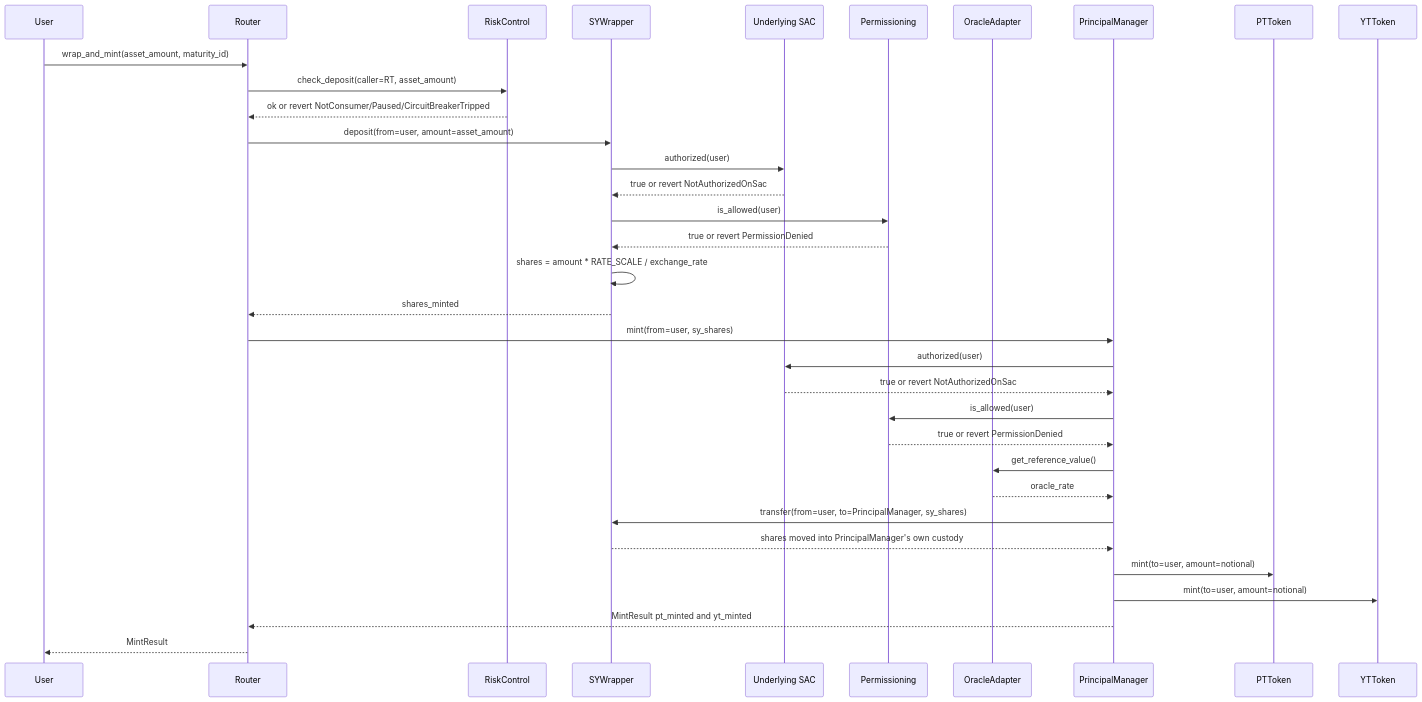
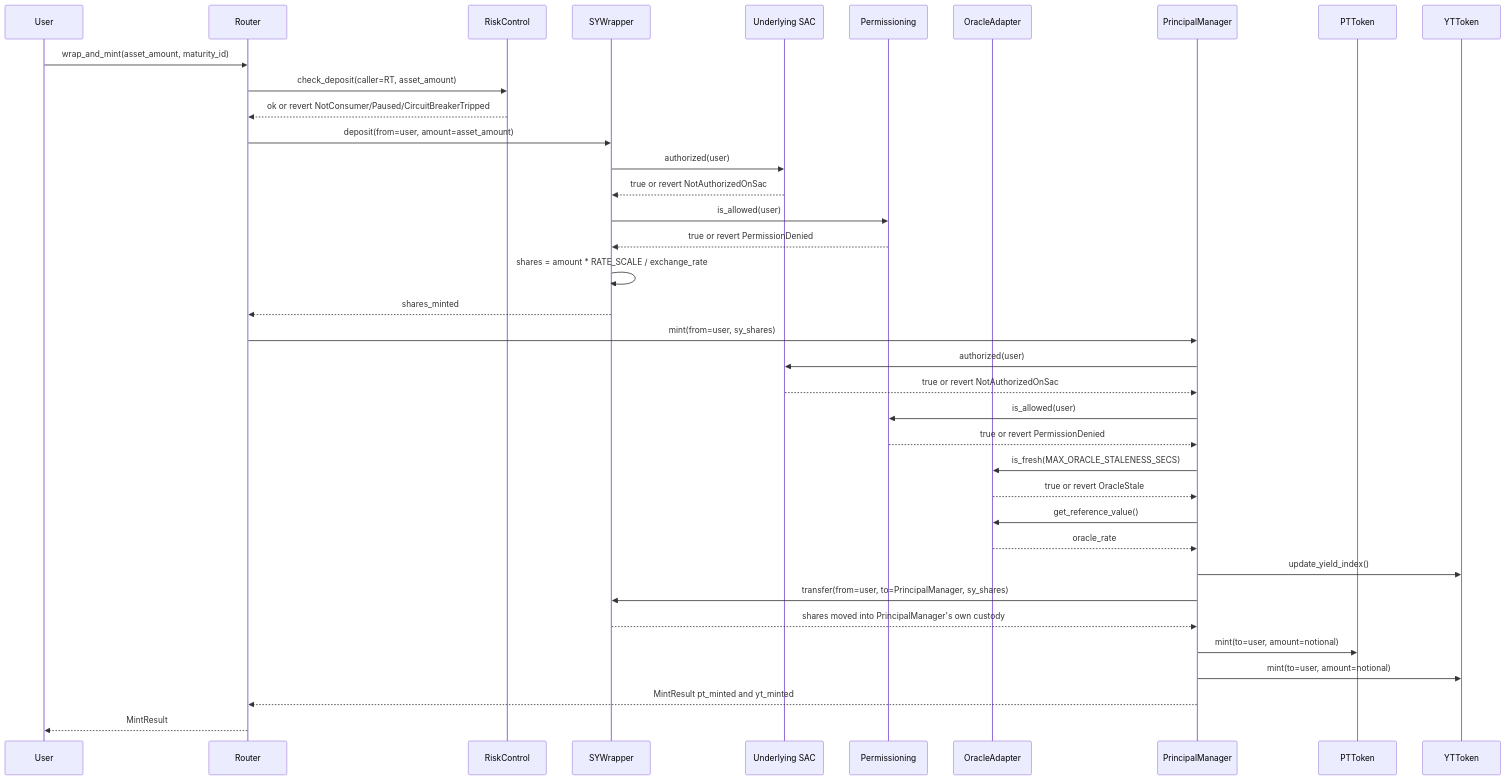
One commit to principal-Protocol-org/principal changed the second of 9 diagrams in ARCHITECTURE.md. Above: the diagram before and after it, drawn with Mermaid. The commit also changed other lines of this file and 5 other files, not shown here.

````diff
--- a/ARCHITECTURE.md
+++ b/ARCHITECTURE.md
@@ -151,37 +151,40 @@
 ```mermaid
 sequenceDiagram
     participant U as User
     participant RT as Router
     participant RC as RiskControl
     participant SYW as SYWrapper
     participant UND as Underlying SAC
     participant PERM as Permissioning
     participant OA as OracleAdapter
     participant PM as PrincipalManager
     participant PT as PTToken
     participant YT as YTToken
 
     U->>RT: wrap_and_mint(asset_amount, maturity_id)
     RT->>RC: check_deposit(caller=RT, asset_amount)
     RC-->>RT: ok or revert NotConsumer/Paused/CircuitBreakerTripped
     RT->>SYW: deposit(from=user, amount=asset_amount)
     SYW->>UND: authorized(user)
     UND-->>SYW: true or revert NotAuthorizedOnSac
     SYW->>PERM: is_allowed(user)
     PERM-->>SYW: true or revert PermissionDenied
     SYW->>SYW: shares = amount * RATE_SCALE / exchange_rate
     SYW-->>RT: shares_minted
     RT->>PM: mint(from=user, sy_shares)
     PM->>UND: authorized(user)
     UND-->>PM: true or revert NotAuthorizedOnSac
     PM->>PERM: is_allowed(user)
     PERM-->>PM: true or revert PermissionDenied
+    PM->>OA: is_fresh(MAX_ORACLE_STALENESS_SECS)
+    OA-->>PM: true or revert OracleStale
     PM->>OA: get_reference_value()
     OA-->>PM: oracle_rate
+    PM->>YT: update_yield_index()
     PM->>SYW: transfer(from=user, to=PrincipalManager, sy_shares)
     SYW-->>PM: shares moved into PrincipalManager's own custody
     PM->>PT: mint(to=user, amount=notional)
     PM->>YT: mint(to=user, amount=notional)
     PM-->>RT: MintResult pt_minted and yt_minted
     RT-->>U: MintResult
 ```
````
